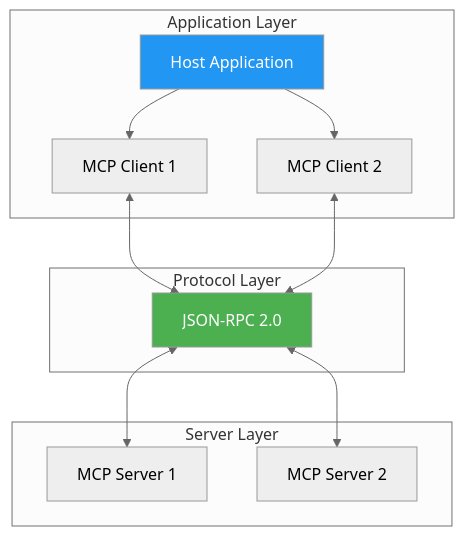
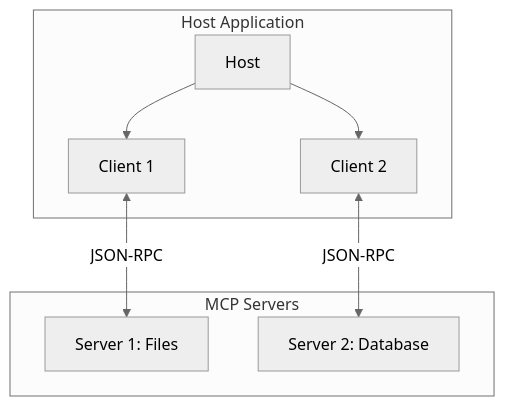
One commit to felipepimentel/my-public-notes changed the seventh of 19 diagrams in AI/Comunicação/MCP/00-mcp-presentation-zero to hero.md. Above: the diagram before and after it, drawn with Mermaid (neutral theme). The commit also changed other lines of this file, not shown here.

````diff
--- a/AI/Comunicação/MCP/00-mcp-presentation-zero to hero.md
+++ b/AI/Comunicação/MCP/00-mcp-presentation-zero to hero.md
@@ -231,24 +152,18 @@
 ```mermaid
 graph TD
-    subgraph "Application Layer"
-        H[Host Application]
-        H --> C1[MCP Client 1]
-        H --> C2[MCP Client 2]
+    subgraph "Host Application"
+        H[Host]
+        C1[Client 1]
+        C2[Client 2]
+        H --> C1
+        H --> C2
     end
     
-    subgraph "Protocol Layer"
-        P[JSON-RPC 2.0]
-        C1 <--> P
-        C2 <--> P
+    subgraph "MCP Servers"
+        S1[Server 1: Files]
+        S2[Server 2: Database]
     end
     
-    subgraph "Server Layer"
-        S1[MCP Server 1]
-        S2[MCP Server 2]
-        P <--> S1
-        P <--> S2
-    end
-    
-    style H fill:#2196F3,color:#fff
-    style P fill:#4CAF50,color:#fff
+    C1 <-->|JSON-RPC| S1
+    C2 <-->|JSON-RPC| S2
 ```
````
